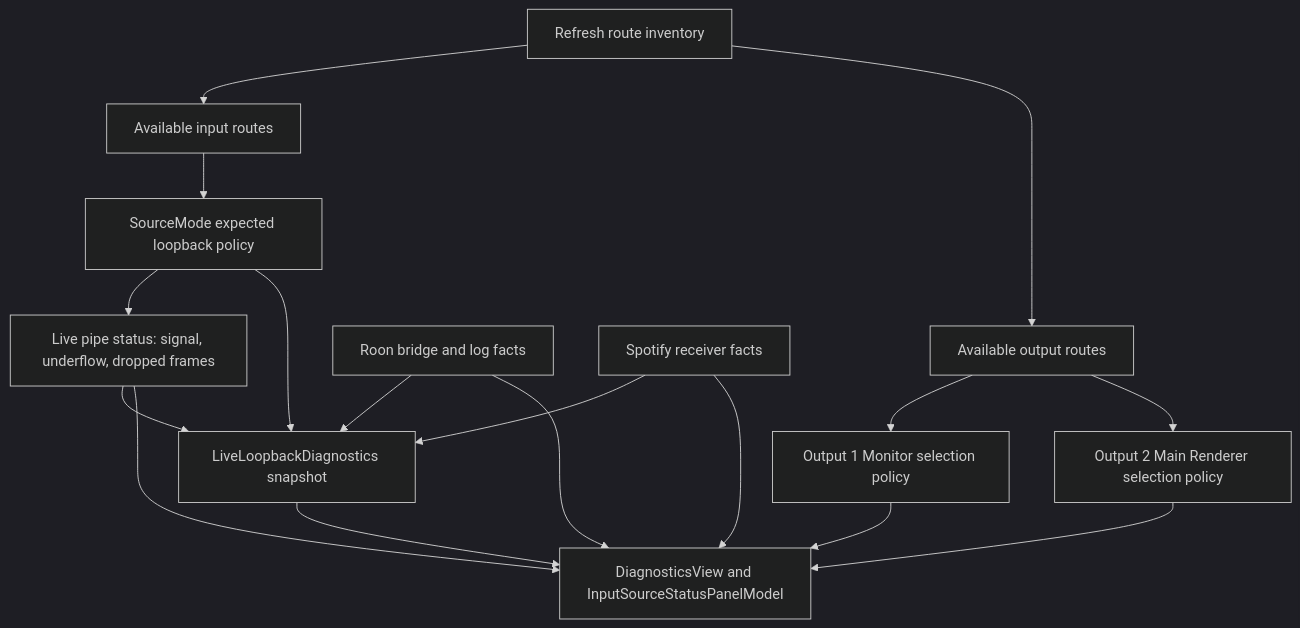
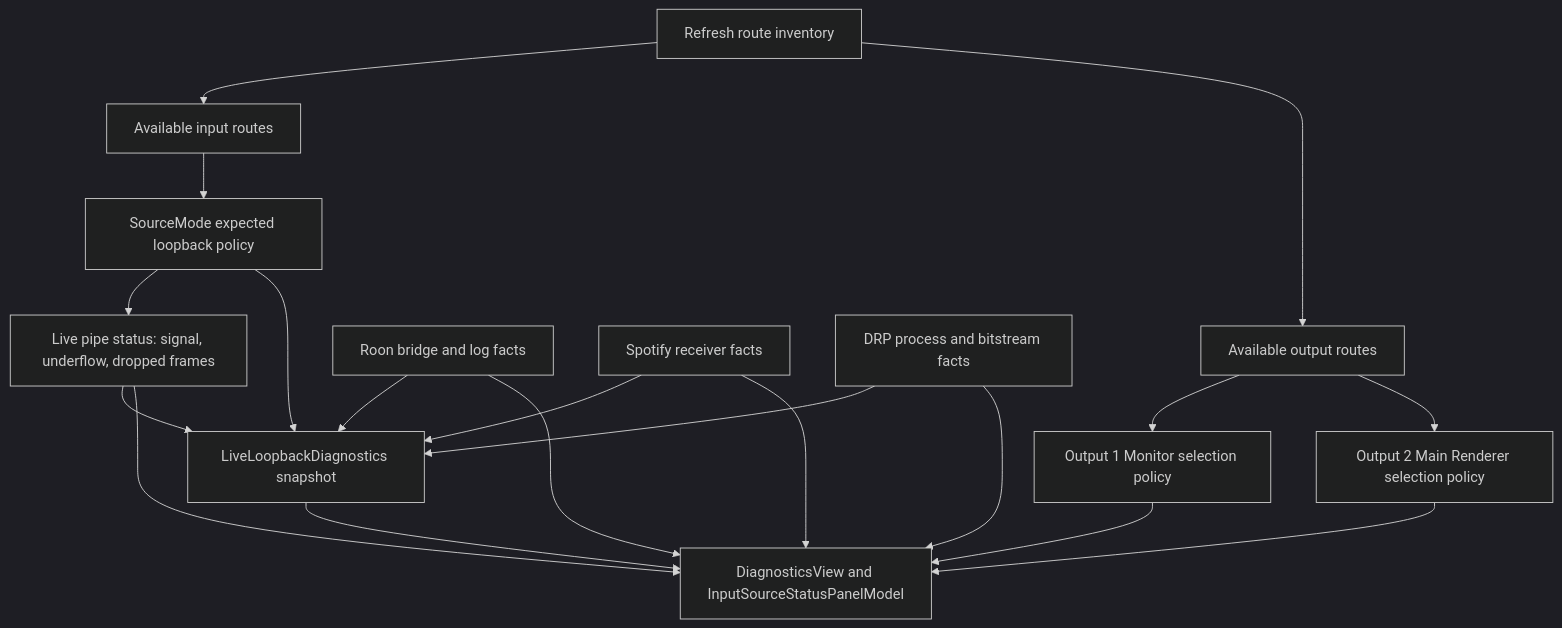
Before and after one commit to jebagu/Orbisonic: the ninth of 13 diagrams in docs/system-flows.md, drawn with Mermaid (dark theme). The commit also changed other lines of this file and 20 other files, not shown here.

````diff
--- a/docs/system-flows.md
+++ b/docs/system-flows.md
@@ -239,31 +269,34 @@
 ```mermaid
 flowchart TD
     Refresh["Refresh route inventory"]
     Inputs["Available input routes"]
     Outputs["Available output routes"]
     SourcePolicy["SourceMode expected loopback policy"]
     MonitorPolicy["Output 1 Monitor selection policy"]
     RendererPolicy["Output 2 Main Renderer selection policy"]
     LiveStatus["Live pipe status: signal, underflow, dropped frames"]
     DiagnosticPolicy["LiveLoopbackDiagnostics snapshot"]
     RoonFacts["Roon bridge and log facts"]
     SpotifyFacts["Spotify receiver facts"]
+    AtmosFacts["DRP process and bitstream facts"]
     Diagnostics["DiagnosticsView and InputSourceStatusPanelModel"]
 
     Refresh --> Inputs
     Refresh --> Outputs
     Inputs --> SourcePolicy
     Outputs --> MonitorPolicy
     Outputs --> RendererPolicy
     SourcePolicy --> LiveStatus
     SourcePolicy --> DiagnosticPolicy
     LiveStatus --> DiagnosticPolicy
     RoonFacts --> DiagnosticPolicy
     SpotifyFacts --> DiagnosticPolicy
+    AtmosFacts --> DiagnosticPolicy
     RoonFacts --> Diagnostics
     SpotifyFacts --> Diagnostics
+    AtmosFacts --> Diagnostics
     LiveStatus --> Diagnostics
     DiagnosticPolicy --> Diagnostics
     MonitorPolicy --> Diagnostics
     RendererPolicy --> Diagnostics
 ```
````
